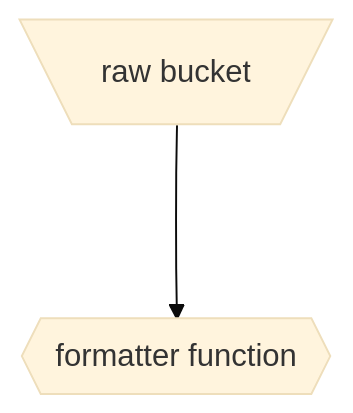
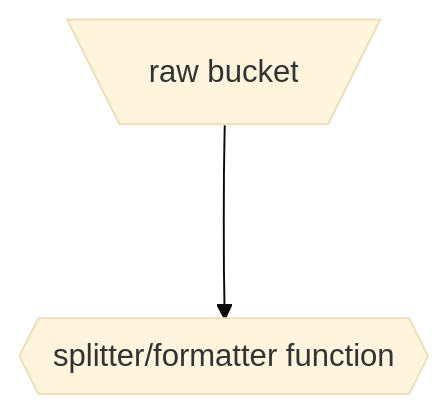
One commit to pkeane/diagrams changed the diagram in README.md. Above: the diagram before and after it, drawn with Mermaid (base theme).

````diff
--- a/README.md
+++ b/README.md
@@ -8,5 +8,5 @@
 ```mermaid
   flowchart TD;
-      A[\raw bucket/]--->B{{formatter function}};
+      A[\raw bucket/]--->B{{splitter/formatter function}};
 
 ```
````
